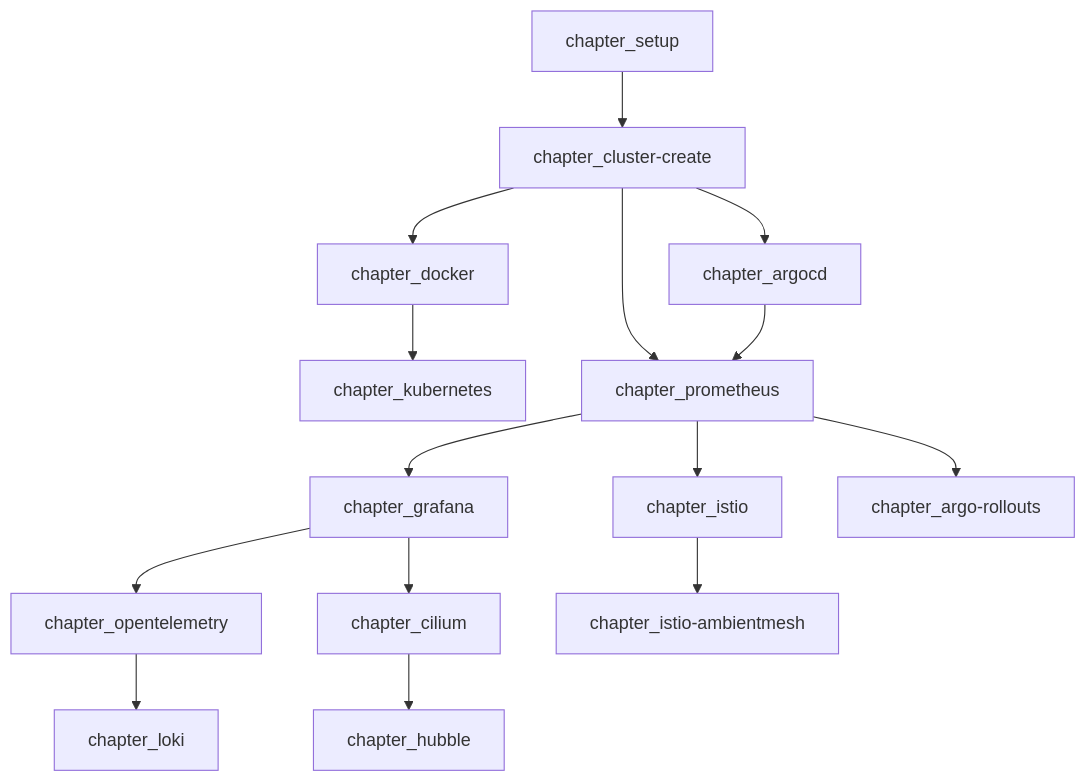
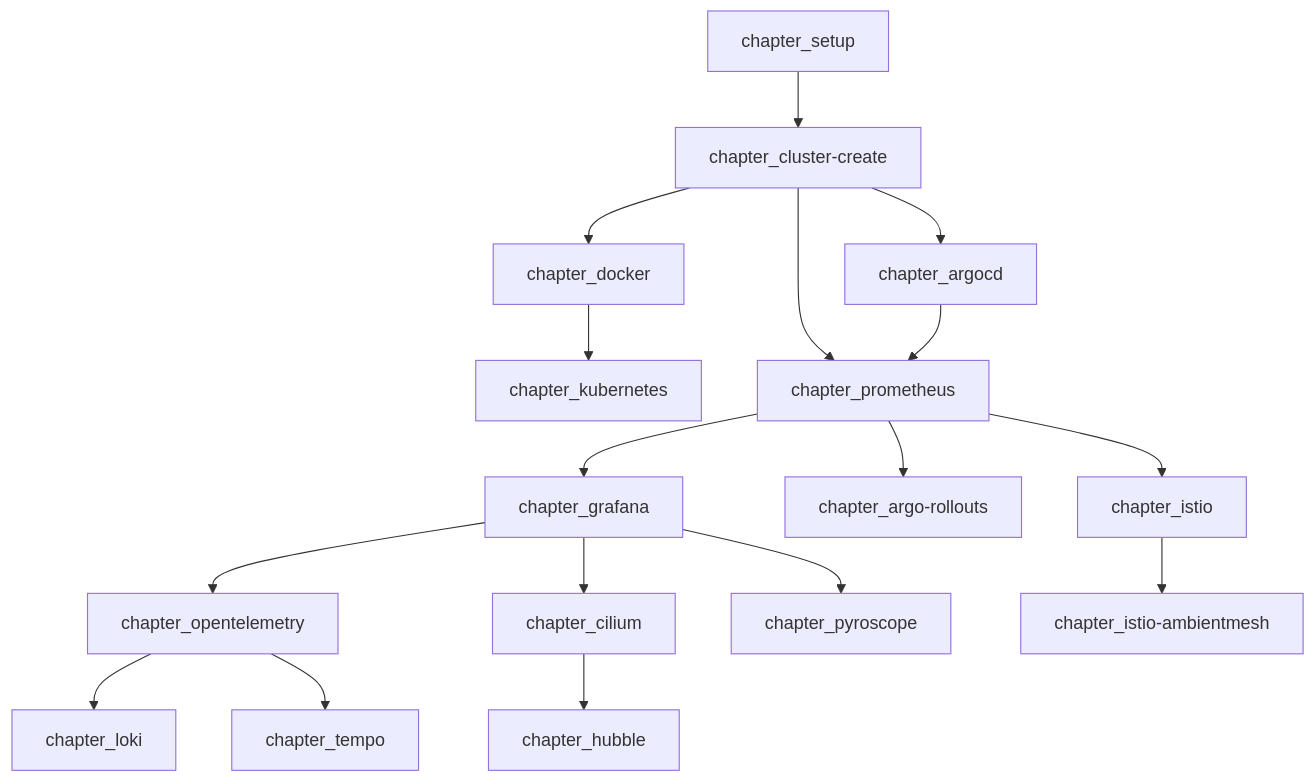
Before and after one commit to cloudnativedaysjp/cnd-handson: the diagram in README.md, drawn with Mermaid. The commit also changed other lines of this file, not shown here.

````diff
--- a/README.md
+++ b/README.md
@@ -28,37 +31,41 @@
 ```mermaid
 flowchart TD
     setup[chapter_setup]
     cluster[chapter_cluster-create]
     docker[chapter_docker]
     k8s[chapter_kubernetes]
     prom[chapter_prometheus]
     grafana[chapter_grafana]
     otel[chapter_opentelemetry]
     argocd[chapter_argocd]
     istio[chapter_istio]
     cilium[chapter_cilium]
     argorollouts[chapter_argo-rollouts]
     istioambient[chapter_istio-ambientmesh]
     hubble[chapter_hubble]
     loki[chapter_loki]
+    tempo[chapter_tempo]
+    pyroscope[chapter_pyroscope]
 
     setup-->cluster
     cluster-->docker
     docker-->k8s
     cluster-->prom
     cluster-->argocd
 
     prom-->grafana
     prom-->argorollouts
     prom-->istio
     argocd-->prom
 
     grafana-->otel
     grafana-->cilium
+    grafana-->pyroscope
 
     otel-->loki
+    otel-->tempo
 
     cilium-->hubble
 
     istio-->istioambient
 ```
````
